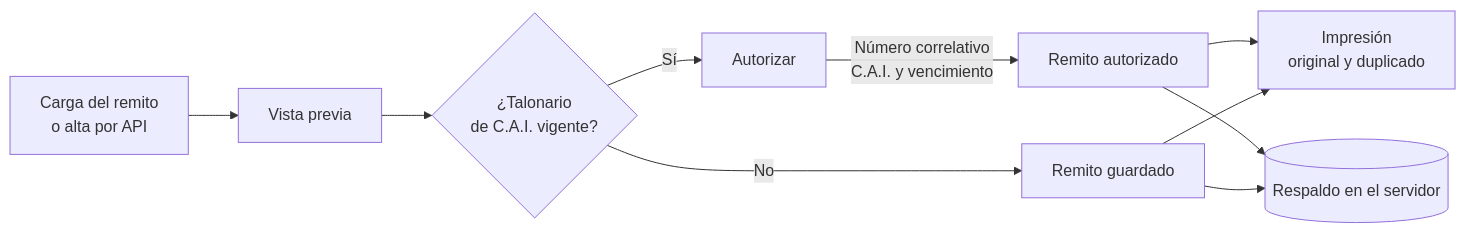
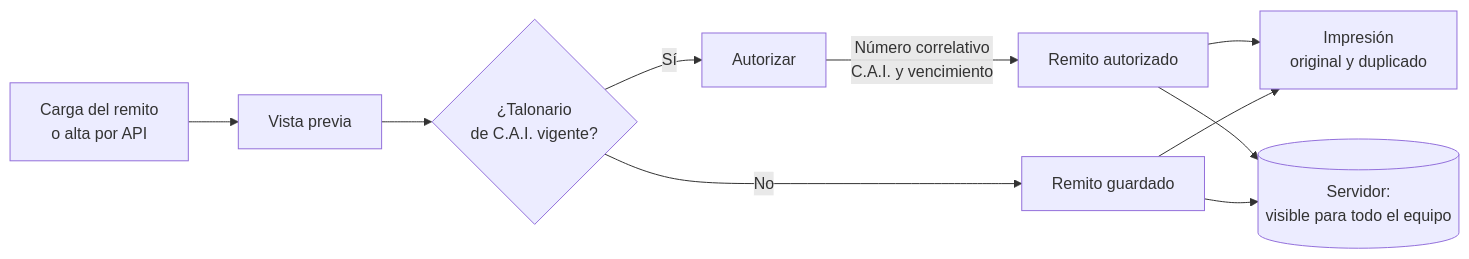
One commit to bsierra4262/remitos changed the diagram in README.md. Above: the diagram before and after it, drawn with Mermaid. The commit also changed other lines of this file and 55 other files, not shown here.

````diff
--- a/README.md
+++ b/README.md
@@ -144,12 +165,12 @@
 ```mermaid
 flowchart LR
     A[Carga del remito<br>o alta por API] --> B[Vista previa]
     B --> C{¿Talonario<br>de C.A.I. vigente?}
     C -- Sí --> D[Autorizar]
     D -->|Número correlativo<br>C.A.I. y vencimiento| E[Remito autorizado]
     C -- No --> F[Remito guardado]
     E --> G[Impresión<br>original y duplicado]
     F --> G
-    E --> H[(Respaldo en el servidor)]
+    E --> H[(Servidor:<br>visible para todo el equipo)]
     F --> H
 ```
````
